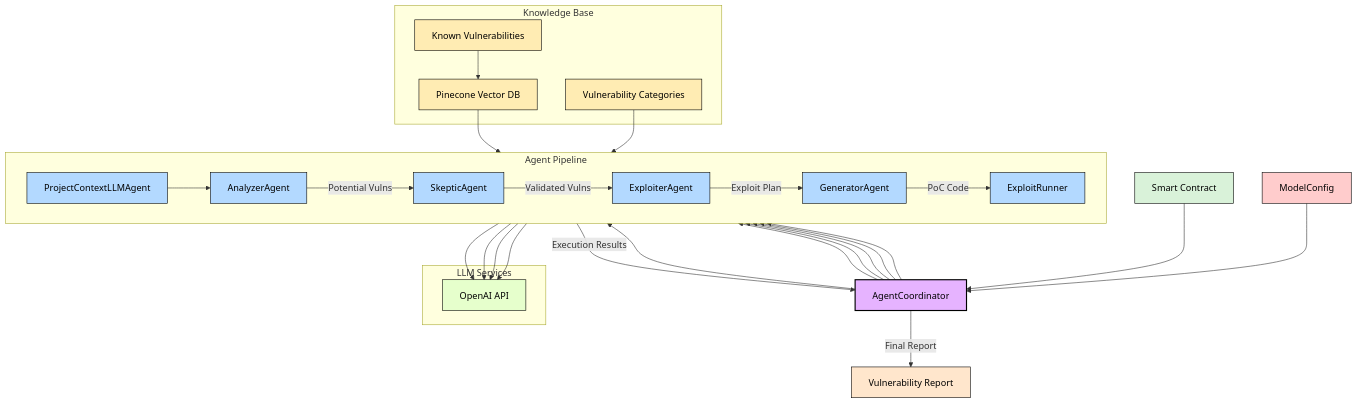
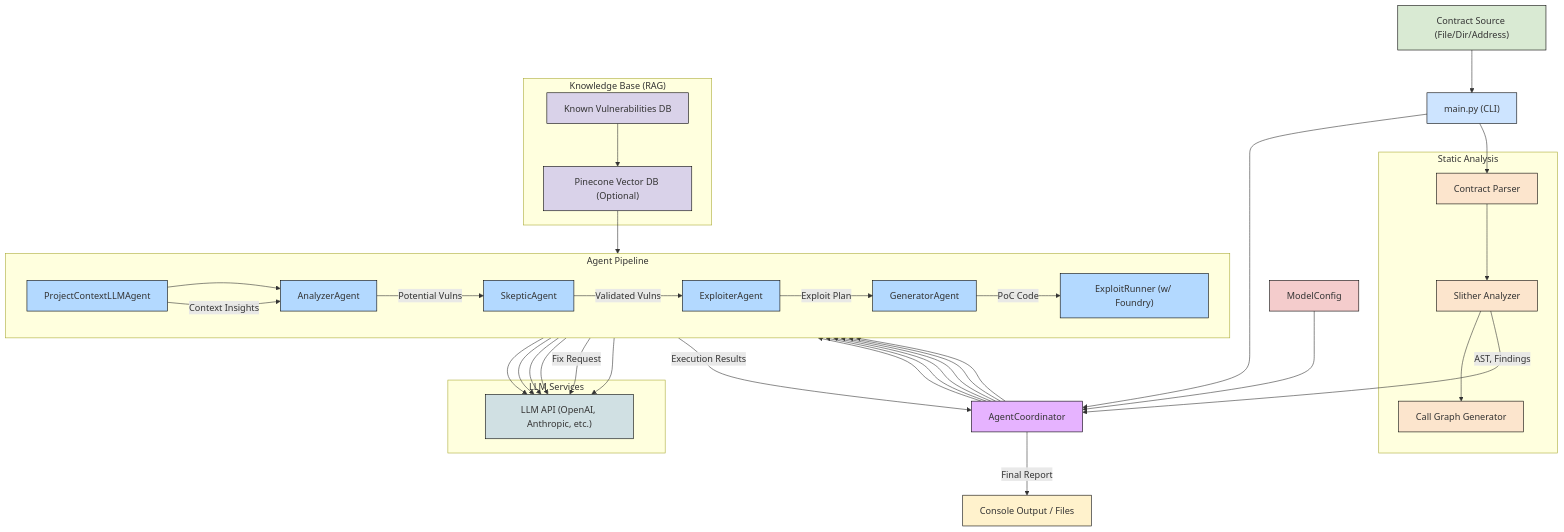
The diagram in README.md (videv93/fyp-fr), drawn with Mermaid before and after one commit. The commit also changed other lines of this file and 2 other files, not shown here.

````diff
--- a/README.md
+++ b/README.md
@@ -62,12 +86,20 @@
 ```mermaid
 graph TB
+    %% Input
+    input["Contract Source (File/Dir/Address)"] --> main["main.py (CLI)"]
+
     %% Core Components
-    contract["Smart Contract"] --> coord["AgentCoordinator"]
-    
-    subgraph "Knowledge Base"
-        pinecone["Pinecone Vector DB"]
-        vulncat["Vulnerability Categories"]
-        known_vulns["Known Vulnerabilities"]
+    main --> coord["AgentCoordinator"]
+
+    subgraph "Static Analysis"
+        slither["Slither Analyzer"]
+        call_graph["Call Graph Generator"]
+        contract_parser["Contract Parser"]
+    end
+
+    subgraph "Knowledge Base (RAG)"
+        pinecone["Pinecone Vector DB (Optional)"]
+        vuln_db["Known Vulnerabilities DB"]
     end
 
     subgraph "Agent Pipeline"
@@ -77,8 +109,8 @@
         skeptic["SkepticAgent"]
         exploiter["ExploiterAgent"]
         generator["GeneratorAgent"]
-        runner["ExploitRunner"]
-        
+        runner["ExploitRunner (w/ Foundry)"]
+
         project_context --> analyzer
         analyzer --> |"Potential Vulns"| skeptic
         skeptic --> |"Validated Vulns"| exploiter
@@ -86,14 +118,19 @@
         generator --> |"PoC Code"| runner
     end
 
-    %% RAG System Integration
+    %% Data Flow
+    main --> contract_parser
+    contract_parser --> slither
+    slither --> call_graph
+    slither --> |"AST, Findings"| coord
+
+    coord --> project_context
+    project_context --> |"Context Insights"| analyzer
+    coord --> analyzer
+
+    vuln_db --> pinecone
     pinecone --> analyzer
-    vulncat --> analyzer
-    known_vulns --> pinecone
 
-    %% Coordinator Flow
-    coord --> project_context
-    coord --> analyzer
     coord --> skeptic
     coord --> exploiter
     coord --> generator
@@ -101,34 +138,39 @@
 
     %% Model Configuration
     config["ModelConfig"] --> coord
-    
+
     %% External Services
     subgraph "LLM Services"
-        openai["OpenAI API"]
+        llm_api["LLM API (OpenAI, Anthropic, etc.)"]
     end
-    
-    analyzer --> openai
-    skeptic --> openai
-    exploiter --> openai
-    generator --> openai
+
+    analyzer --> llm_api
+    skeptic --> llm_api
+    exploiter --> llm_api
+    generator --> llm_api
+    runner --> |"Fix Request"| llm_api
+    project_context --> llm_api
 
     %% Output
     runner --> |"Execution Results"| coord
-    coord --> |"Final Report"| output["Vulnerability Report"]
+    coord --> |"Final Report"| output["Console Output / Files"]
 
-    style coord fill:#e6b3ff,stroke:#000,stroke-width:2px,color:#000
-    style analyzer fill:#b3d9ff,stroke:#000,color:#000
-    style skeptic fill:#b3d9ff,stroke:#000,color:#000
-    style exploiter fill:#b3d9ff,stroke:#000,color:#000
-    style generator fill:#b3d9ff,stroke:#000,color:#000
-    style runner fill:#b3d9ff,stroke:#000,color:#000
-    style project_context fill:#b3d9ff,stroke:#000,color:#000
-    style contract fill:#d9f2d9,stroke:#000,color:#000
-    style output fill:#ffe6cc,stroke:#000,color:#000
-    style config fill:#ffcccc,stroke:#000,color:#000
-    
-    style pinecone fill:#ffecb3,stroke:#000,color:#000
-    style vulncat fill:#ffecb3,stroke:#000,color:#000
-    style known_vulns fill:#ffecb3,stroke:#000,color:#000
-    style openai fill:#e6ffcc,stroke:#000,color:#000
+    %% Styling
+    style main fill:#cde4ff,stroke:#000
+    style coord fill:#e6b3ff,stroke:#000
+    style input fill:#d9ead3,stroke:#000
+    style output fill:#fff2cc,stroke:#000
+    style slither fill:#fce5cd,stroke:#000
+    style call_graph fill:#fce5cd,stroke:#000
+    style contract_parser fill:#fce5cd,stroke:#000
+    style pinecone fill:#d9d2e9,stroke:#000
+    style vuln_db fill:#d9d2e9,stroke:#000
+    style analyzer fill:#b3d9ff,stroke:#000
+    style skeptic fill:#b3d9ff,stroke:#000
+    style exploiter fill:#b3d9ff,stroke:#000
+    style generator fill:#b3d9ff,stroke:#000
+    style runner fill:#b3d9ff,stroke:#000
+    style project_context fill:#b3d9ff,stroke:#000
+    style llm_api fill:#d0e0e3,stroke:#000
+    style config fill:#f4cccc,stroke:#000
 ```
````
